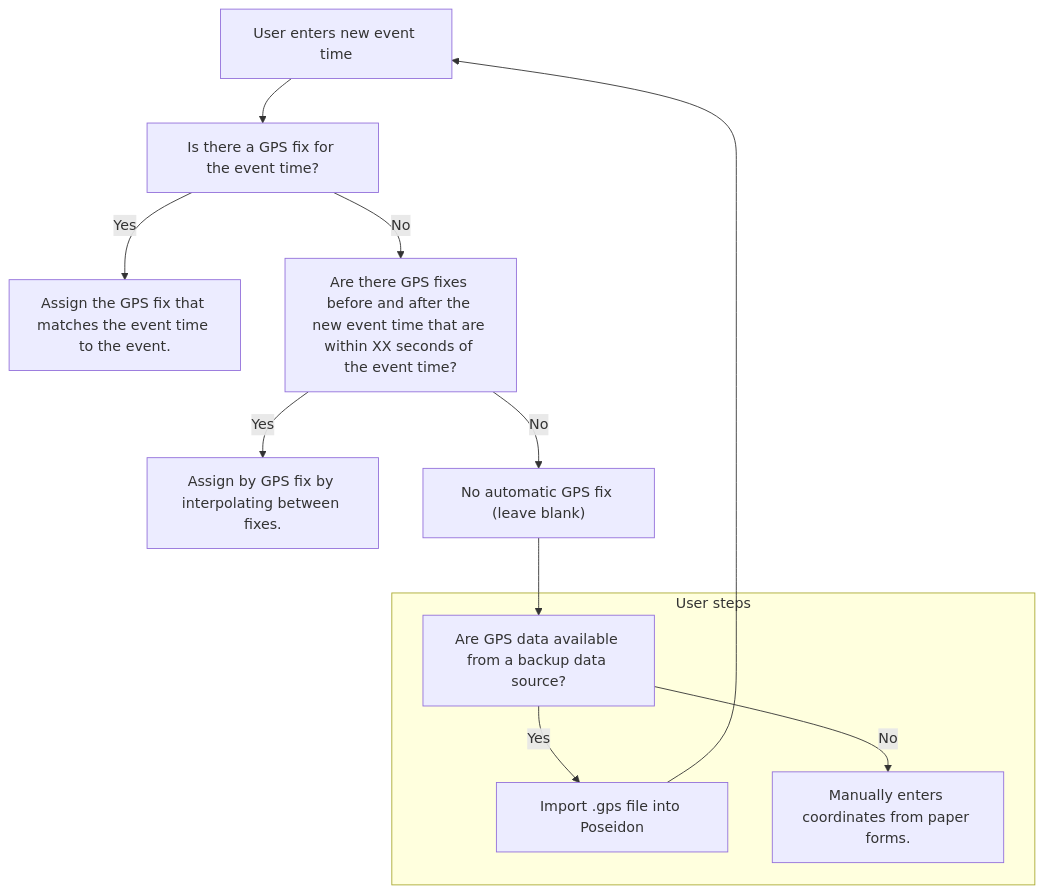
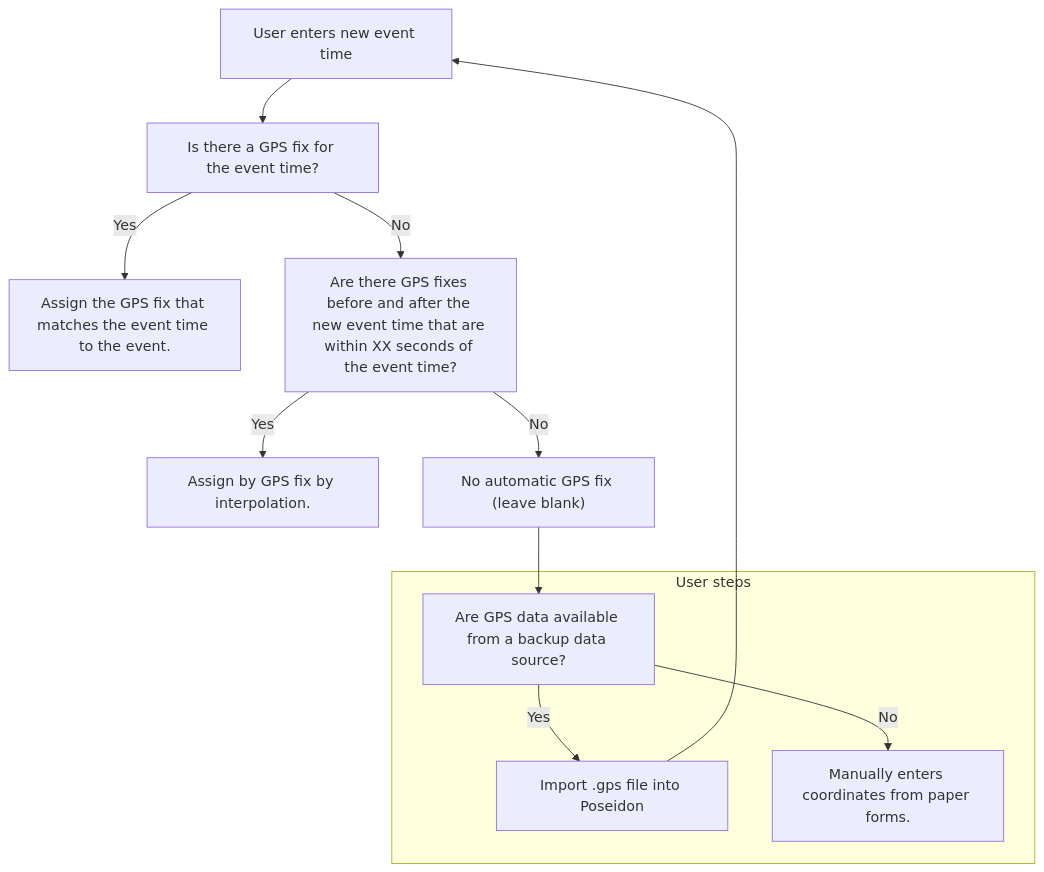
The first of 2 diagrams in assets/changing_event_time.md (afsc-gap-products/navmaps), drawn with Mermaid before and after one commit. The commit also changed other lines of this file, not shown here.

Commit message:
Add import .gps flowchart

````diff
--- a/assets/changing_event_time.md
+++ b/assets/changing_event_time.md
@@ -3,13 +3,13 @@
 ``` mermaid
 graph TD
   A["User enters new event time"]-->B["Is there a GPS fix for the event time?"]--> |Yes| C["Assign the GPS fix that matches the event time to the event."]
   B["Is there a GPS fix for the event time?"]--> |No| D["Are there GPS fixes before and after the new event time that are within XX seconds of the event time?"]
-  D["Are there GPS fixes before and after the new event time that are within XX seconds of the event time?"]--> |Yes| E["Assign by GPS fix by interpolating between fixes."]
+  D["Are there GPS fixes before and after the new event time that are within XX seconds of the event time?"]--> |Yes| E["Assign by GPS fix by interpolation."]
   D["Are there GPS fixes before and after the new event time that are within XX seconds of the event time?"]--> |No| F["No automatic GPS fix (leave blank)"]
   F["No automatic GPS fix (leave blank)"]--> G["Are GPS data available from a backup data source?"]
   subgraph User steps
     G["Are GPS data available from a backup data source?"]--> |Yes| H["Import .gps file into Poseidon"]
     G["Are GPS data available from a backup data source?"]--> |No| I["Manually enters coordinates from paper forms."]
   end
   H["Import .gps file into Poseidon"]--> A["User enters new event time"]
 ```
````
